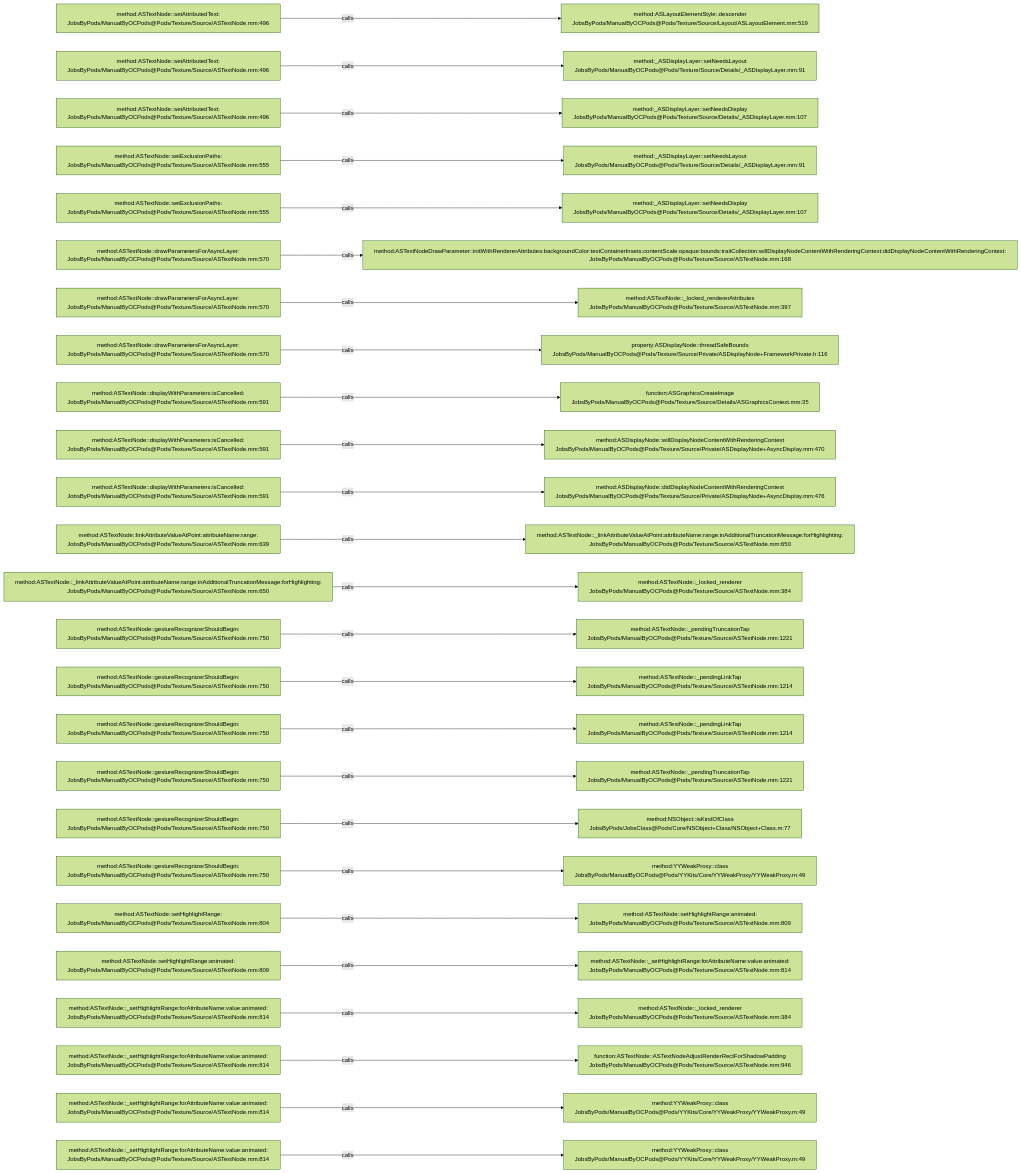
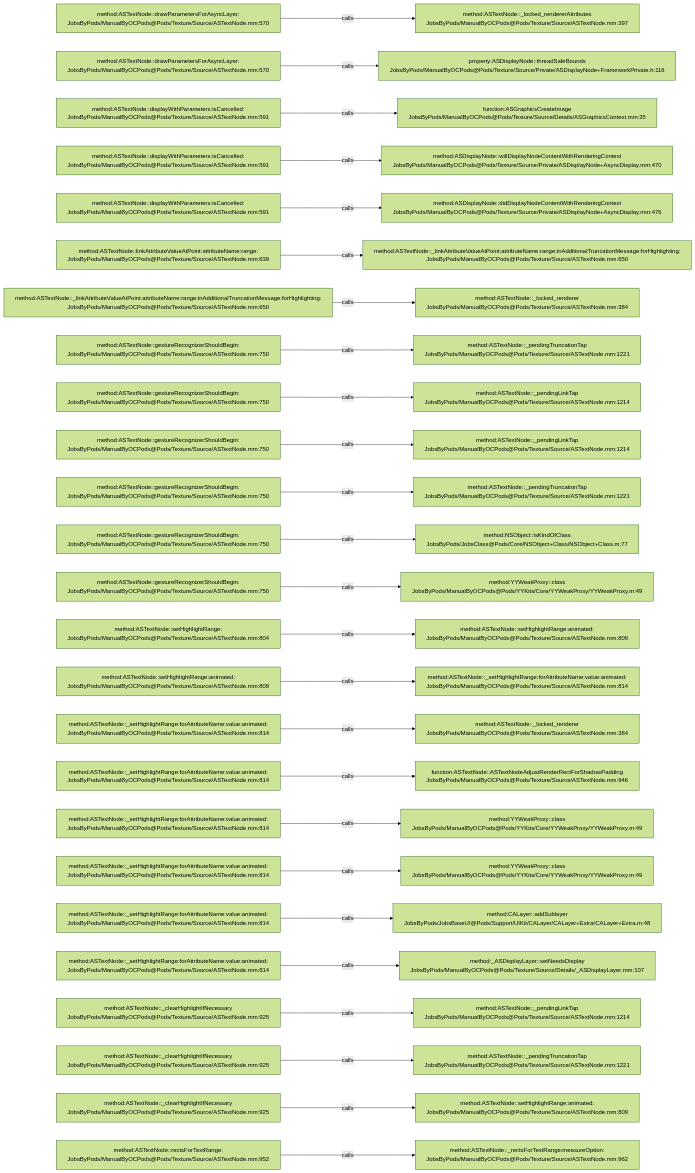
One commit to JobsKits/JobsOCBaseConfigDemo changed the diagram in .codegraph/codegraph.md/graphs/calls-127.md. Above: the diagram before and after it, drawn with Mermaid (forest theme). The commit also changed 666 other files, not shown here.

````diff
--- a/.codegraph/codegraph.md/graphs/calls-127.md
+++ b/.codegraph/codegraph.md/graphs/calls-127.md
@@ -13,78 +13,78 @@
 ```mermaid
 flowchart LR
-  S1["method:ASTextNode::setAttributedText:<br/>JobsByPods/ManualByOCPods@Pods/Texture/Source/ASTextNode.mm:496"]
-  T1["method:ASLayoutElementStyle::descender<br/>JobsByPods/ManualByOCPods@Pods/Texture/Source/Layout/ASLayoutElement.mm:519"]
+  S1["method:ASTextNode::drawParametersForAsyncLayer:<br/>JobsByPods/ManualByOCPods@Pods/Texture/Source/ASTextNode.mm:570"]
+  T1["method:ASTextNode::_locked_rendererAttributes<br/>JobsByPods/ManualByOCPods@Pods/Texture/Source/ASTextNode.mm:397"]
   S1 -->|calls| T1
-  S2["method:ASTextNode::setAttributedText:<br/>JobsByPods/ManualByOCPods@Pods/Texture/Source/ASTextNode.mm:496"]
-  T2["method:_ASDisplayLayer::setNeedsLayout<br/>JobsByPods/ManualByOCPods@Pods/Texture/Source/Details/_ASDisplayLayer.mm:91"]
+  S2["method:ASTextNode::drawParametersForAsyncLayer:<br/>JobsByPods/ManualByOCPods@Pods/Texture/Source/ASTextNode.mm:570"]
+  T2["property:ASDisplayNode::threadSafeBounds<br/>JobsByPods/ManualByOCPods@Pods/Texture/Source/Private/ASDisplayNode+FrameworkPrivate.h:116"]
   S2 -->|calls| T2
-  S3["method:ASTextNode::setAttributedText:<br/>JobsByPods/ManualByOCPods@Pods/Texture/Source/ASTextNode.mm:496"]
-  T3["method:_ASDisplayLayer::setNeedsDisplay<br/>JobsByPods/ManualByOCPods@Pods/Texture/Source/Details/_ASDisplayLayer.mm:107"]
+  S3["method:ASTextNode::displayWithParameters:isCancelled:<br/>JobsByPods/ManualByOCPods@Pods/Texture/Source/ASTextNode.mm:591"]
+  T3["function:ASGraphicsCreateImage<br/>JobsByPods/ManualByOCPods@Pods/Texture/Source/Details/ASGraphicsContext.mm:35"]
   S3 -->|calls| T3
-  S4["method:ASTextNode::setExclusionPaths:<br/>JobsByPods/ManualByOCPods@Pods/Texture/Source/ASTextNode.mm:555"]
-  T4["method:_ASDisplayLayer::setNeedsLayout<br/>JobsByPods/ManualByOCPods@Pods/Texture/Source/Details/_ASDisplayLayer.mm:91"]
+  S4["method:ASTextNode::displayWithParameters:isCancelled:<br/>JobsByPods/ManualByOCPods@Pods/Texture/Source/ASTextNode.mm:591"]
+  T4["method:ASDisplayNode::willDisplayNodeContentWithRenderingContext<br/>JobsByPods/ManualByOCPods@Pods/Texture/Source/Private/ASDisplayNode+AsyncDisplay.mm:470"]
   S4 -->|calls| T4
-  S5["method:ASTextNode::setExclusionPaths:<br/>JobsByPods/ManualByOCPods@Pods/Texture/Source/ASTextNode.mm:555"]
-  T5["method:_ASDisplayLayer::setNeedsDisplay<br/>JobsByPods/ManualByOCPods@Pods/Texture/Source/Details/_ASDisplayLayer.mm:107"]
+  S5["method:ASTextNode::displayWithParameters:isCancelled:<br/>JobsByPods/ManualByOCPods@Pods/Texture/Source/ASTextNode.mm:591"]
+  T5["method:ASDisplayNode::didDisplayNodeContentWithRenderingContext<br/>JobsByPods/ManualByOCPods@Pods/Texture/Source/Private/ASDisplayNode+AsyncDisplay.mm:476"]
   S5 -->|calls| T5
-  S6["method:ASTextNode::drawParametersForAsyncLayer:<br/>JobsByPods/ManualByOCPods@Pods/Texture/Source/ASTextNode.mm:570"]
-  T6["method:ASTextNodeDrawParameter::initWithRendererAttributes:backgroundColor:textContainerInsets:contentScale:opaque:bounds:traitCollection:willDisplayNodeContentWithRenderingContext:didDisplayNodeContentWithRenderingContext:<br/>JobsByPods/ManualByOCPods@Pods/Texture/Source/ASTextNode.mm:168"]
+  S6["method:ASTextNode::linkAttributeValueAtPoint:attributeName:range:<br/>JobsByPods/ManualByOCPods@Pods/Texture/Source/ASTextNode.mm:639"]
+  T6["method:ASTextNode::_linkAttributeValueAtPoint:attributeName:range:inAdditionalTruncationMessage:forHighlighting:<br/>JobsByPods/ManualByOCPods@Pods/Texture/Source/ASTextNode.mm:650"]
   S6 -->|calls| T6
-  S7["method:ASTextNode::drawParametersForAsyncLayer:<br/>JobsByPods/ManualByOCPods@Pods/Texture/Source/ASTextNode.mm:570"]
-  T7["method:ASTextNode::_locked_rendererAttributes<br/>JobsByPods/ManualByOCPods@Pods/Texture/Source/ASTextNode.mm:397"]
+  S7["method:ASTextNode::_linkAttributeValueAtPoint:attributeName:range:inAdditionalTruncationMessage:forHighlighting:<br/>JobsByPods/ManualByOCPods@Pods/Texture/Source/ASTextNode.mm:650"]
+  T7["method:ASTextNode::_locked_renderer<br/>JobsByPods/ManualByOCPods@Pods/Texture/Source/ASTextNode.mm:384"]
   S7 -->|calls| T7
-  S8["method:ASTextNode::drawParametersForAsyncLayer:<br/>JobsByPods/ManualByOCPods@Pods/Texture/Source/ASTextNode.mm:570"]
-  T8["property:ASDisplayNode::threadSafeBounds<br/>JobsByPods/ManualByOCPods@Pods/Texture/Source/Private/ASDisplayNode+FrameworkPrivate.h:116"]
+  S8["method:ASTextNode::gestureRecognizerShouldBegin:<br/>JobsByPods/ManualByOCPods@Pods/Texture/Source/ASTextNode.mm:750"]
+  T8["method:ASTextNode::_pendingTruncationTap<br/>JobsByPods/ManualByOCPods@Pods/Texture/Source/ASTextNode.mm:1221"]
   S8 -->|calls| T8
-  S9["method:ASTextNode::displayWithParameters:isCancelled:<br/>JobsByPods/ManualByOCPods@Pods/Texture/Source/ASTextNode.mm:591"]
-  T9["function:ASGraphicsCreateImage<br/>JobsByPods/ManualByOCPods@Pods/Texture/Source/Details/ASGraphicsContext.mm:35"]
+  S9["method:ASTextNode::gestureRecognizerShouldBegin:<br/>JobsByPods/ManualByOCPods@Pods/Texture/Source/ASTextNode.mm:750"]
+  T9["method:ASTextNode::_pendingLinkTap<br/>JobsByPods/ManualByOCPods@Pods/Texture/Source/ASTextNode.mm:1214"]
   S9 -->|calls| T9
-  S10["method:ASTextNode::displayWithParameters:isCancelled:<br/>JobsByPods/ManualByOCPods@Pods/Texture/Source/ASTextNode.mm:591"]
-  T10["method:ASDisplayNode::willDisplayNodeContentWithRenderingContext<br/>JobsByPods/ManualByOCPods@Pods/Texture/Source/Private/ASDisplayNode+AsyncDisplay.mm:470"]
+  S10["method:ASTextNode::gestureRecognizerShouldBegin:<br/>JobsByPods/ManualByOCPods@Pods/Texture/Source/ASTextNode.mm:750"]
+  T10["method:ASTextNode::_pendingLinkTap<br/>JobsByPods/ManualByOCPods@Pods/Texture/Source/ASTextNode.mm:1214"]
   S10 -->|calls| T10
-  S11["method:ASTextNode::displayWithParameters:isCancelled:<br/>JobsByPods/ManualByOCPods@Pods/Texture/Source/ASTextNode.mm:591"]
-  T11["method:ASDisplayNode::didDisplayNodeContentWithRenderingContext<br/>JobsByPods/ManualByOCPods@Pods/Texture/Source/Private/ASDisplayNode+AsyncDisplay.mm:476"]
+  S11["method:ASTextNode::gestureRecognizerShouldBegin:<br/>JobsByPods/ManualByOCPods@Pods/Texture/Source/ASTextNode.mm:750"]
+  T11["method:ASTextNode::_pendingTruncationTap<br/>JobsByPods/ManualByOCPods@Pods/Texture/Source/ASTextNode.mm:1221"]
   S11 -->|calls| T11
-  S12["method:ASTextNode::linkAttributeValueAtPoint:attributeName:range:<br/>JobsByPods/ManualByOCPods@Pods/Texture/Source/ASTextNode.mm:639"]
-  T12["method:ASTextNode::_linkAttributeValueAtPoint:attributeName:range:inAdditionalTruncationMessage:forHighlighting:<br/>JobsByPods/ManualByOCPods@Pods/Texture/Source/ASTextNode.mm:650"]
+  S12["method:ASTextNode::gestureRecognizerShouldBegin:<br/>JobsByPods/ManualByOCPods@Pods/Texture/Source/ASTextNode.mm:750"]
+  T12["method:NSObject::isKindOfClass<br/>JobsByPods/JobsClass@Pods/Core/NSObject+Class/NSObject+Class.m:77"]
   S12 -->|calls| T12
-  S13["method:ASTextNode::_linkAttributeValueAtPoint:attributeName:range:inAdditionalTruncationMessage:forHighlighting:<br/>JobsByPods/ManualByOCPods@Pods/Texture/Source/ASTextNode.mm:650"]
-  T13["method:ASTextNode::_locked_renderer<br/>JobsByPods/ManualByOCPods@Pods/Texture/Source/ASTextNode.mm:384"]
+  S13["method:ASTextNode::gestureRecognizerShouldBegin:<br/>JobsByPods/ManualByOCPods@Pods/Texture/Source/ASTextNode.mm:750"]
+  T13["method:YYWeakProxy::class<br/>JobsByPods/ManualByOCPods@Pods/YYKits/Core/YYWeakProxy/YYWeakProxy.m:49"]
   S13 -->|calls| T13
-  S14["method:ASTextNode::gestureRecognizerShouldBegin:<br/>JobsByPods/ManualByOCPods@Pods/Texture/Source/ASTextNode.mm:750"]
-  T14["method:ASTextNode::_pendingTruncationTap<br/>JobsByPods/ManualByOCPods@Pods/Texture/Source/ASTextNode.mm:1221"]
+  S14["method:ASTextNode::setHighlightRange:<br/>JobsByPods/ManualByOCPods@Pods/Texture/Source/ASTextNode.mm:804"]
+  T14["method:ASTextNode::setHighlightRange:animated:<br/>JobsByPods/ManualByOCPods@Pods/Texture/Source/ASTextNode.mm:809"]
   S14 -->|calls| T14
-  S15["method:ASTextNode::gestureRecognizerShouldBegin:<br/>JobsByPods/ManualByOCPods@Pods/Texture/Source/ASTextNode.mm:750"]
-  T15["method:ASTextNode::_pendingLinkTap<br/>JobsByPods/ManualByOCPods@Pods/Texture/Source/ASTextNode.mm:1214"]
+  S15["method:ASTextNode::setHighlightRange:animated:<br/>JobsByPods/ManualByOCPods@Pods/Texture/Source/ASTextNode.mm:809"]
+  T15["method:ASTextNode::_setHighlightRange:forAttributeName:value:animated:<br/>JobsByPods/ManualByOCPods@Pods/Texture/Source/ASTextNode.mm:814"]
   S15 -->|calls| T15
-  S16["method:ASTextNode::gestureRecognizerShouldBegin:<br/>JobsByPods/ManualByOCPods@Pods/Texture/Source/ASTextNode.mm:750"]
-  T16["method:ASTextNode::_pendingLinkTap<br/>JobsByPods/ManualByOCPods@Pods/Texture/Source/ASTextNode.mm:1214"]
+  S16["method:ASTextNode::_setHighlightRange:forAttributeName:value:animated:<br/>JobsByPods/ManualByOCPods@Pods/Texture/Source/ASTextNode.mm:814"]
+  T16["method:ASTextNode::_locked_renderer<br/>JobsByPods/ManualByOCPods@Pods/Texture/Source/ASTextNode.mm:384"]
   S16 -->|calls| T16
-  S17["method:ASTextNode::gestureRecognizerShouldBegin:<br/>JobsByPods/ManualByOCPods@Pods/Texture/Source/ASTextNode.mm:750"]
-  T17["method:ASTextNode::_pendingTruncationTap<br/>JobsByPods/ManualByOCPods@Pods/Texture/Source/ASTextNode.mm:1221"]
+  S17["method:ASTextNode::_setHighlightRange:forAttributeName:value:animated:<br/>JobsByPods/ManualByOCPods@Pods/Texture/Source/ASTextNode.mm:814"]
+  T17["function:ASTextNode::ASTextNodeAdjustRenderRectForShadowPadding<br/>JobsByPods/ManualByOCPods@Pods/Texture/Source/ASTextNode.mm:946"]
   S17 -->|calls| T17
-  S18["method:ASTextNode::gestureRecognizerShouldBegin:<br/>JobsByPods/ManualByOCPods@Pods/Texture/Source/ASTextNode.mm:750"]
-  T18["method:NSObject::isKindOfClass<br/>JobsByPods/JobsClass@Pods/Core/NSObject+Class/NSObject+Class.m:77"]
+  S18["method:ASTextNode::_setHighlightRange:forAttributeName:value:animated:<br/>JobsByPods/ManualByOCPods@Pods/Texture/Source/ASTextNode.mm:814"]
+  T18["method:YYWeakProxy::class<br/>JobsByPods/ManualByOCPods@Pods/YYKits/Core/YYWeakProxy/YYWeakProxy.m:49"]
   S18 -->|calls| T18
-  S19["method:ASTextNode::gestureRecognizerShouldBegin:<br/>JobsByPods/ManualByOCPods@Pods/Texture/Source/ASTextNode.mm:750"]
+  S19["method:ASTextNode::_setHighlightRange:forAttributeName:value:animated:<br/>JobsByPods/ManualByOCPods@Pods/Texture/Source/ASTextNode.mm:814"]
   T19["method:YYWeakProxy::class<br/>JobsByPods/ManualByOCPods@Pods/YYKits/Core/YYWeakProxy/YYWeakProxy.m:49"]
   S19 -->|calls| T19
-  S20["method:ASTextNode::setHighlightRange:<br/>JobsByPods/ManualByOCPods@Pods/Texture/Source/ASTextNode.mm:804"]
-  T20["method:ASTextNode::setHighlightRange:animated:<br/>JobsByPods/ManualByOCPods@Pods/Texture/Source/ASTextNode.mm:809"]
+  S20["method:ASTextNode::_setHighlightRange:forAttributeName:value:animated:<br/>JobsByPods/ManualByOCPods@Pods/Texture/Source/ASTextNode.mm:814"]
+  T20["method:CALayer::addSublayer<br/>JobsByPods/JobsBaseUI@Pods/Support/UIKit/CALayer/CALayer+Extra/CALayer+Extra.m:48"]
   S20 -->|calls| T20
-  S21["method:ASTextNode::setHighlightRange:animated:<br/>JobsByPods/ManualByOCPods@Pods/Texture/Source/ASTextNode.mm:809"]
-  T21["method:ASTextNode::_setHighlightRange:forAttributeName:value:animated:<br/>JobsByPods/ManualByOCPods@Pods/Texture/Source/ASTextNode.mm:814"]
+  S21["method:ASTextNode::_setHighlightRange:forAttributeName:value:animated:<br/>JobsByPods/ManualByOCPods@Pods/Texture/Source/ASTextNode.mm:814"]
+  T21["method:_ASDisplayLayer::setNeedsDisplay<br/>JobsByPods/ManualByOCPods@Pods/Texture/Source/Details/_ASDisplayLayer.mm:107"]
   S21 -->|calls| T21
-  S22["method:ASTextNode::_setHighlightRange:forAttributeName:value:animated:<br/>JobsByPods/ManualByOCPods@Pods/Texture/Source/ASTextNode.mm:814"]
-  T22["method:ASTextNode::_locked_renderer<br/>JobsByPods/ManualByOCPods@Pods/Texture/Source/ASTextNode.mm:384"]
+  S22["method:ASTextNode::_clearHighlightIfNecessary<br/>JobsByPods/ManualByOCPods@Pods/Texture/Source/ASTextNode.mm:925"]
+  T22["method:ASTextNode::_pendingLinkTap<br/>JobsByPods/ManualByOCPods@Pods/Texture/Source/ASTextNode.mm:1214"]
   S22 -->|calls| T22
-  S23["method:ASTextNode::_setHighlightRange:forAttributeName:value:animated:<br/>JobsByPods/ManualByOCPods@Pods/Texture/Source/ASTextNode.mm:814"]
-  T23["function:ASTextNode::ASTextNodeAdjustRenderRectForShadowPadding<br/>JobsByPods/ManualByOCPods@Pods/Texture/Source/ASTextNode.mm:946"]
+  S23["method:ASTextNode::_clearHighlightIfNecessary<br/>JobsByPods/ManualByOCPods@Pods/Texture/Source/ASTextNode.mm:925"]
+  T23["method:ASTextNode::_pendingTruncationTap<br/>JobsByPods/ManualByOCPods@Pods/Texture/Source/ASTextNode.mm:1221"]
   S23 -->|calls| T23
-  S24["method:ASTextNode::_setHighlightRange:forAttributeName:value:animated:<br/>JobsByPods/ManualByOCPods@Pods/Texture/Source/ASTextNode.mm:814"]
-  T24["method:YYWeakProxy::class<br/>JobsByPods/ManualByOCPods@Pods/YYKits/Core/YYWeakProxy/YYWeakProxy.m:49"]
+  S24["method:ASTextNode::_clearHighlightIfNecessary<br/>JobsByPods/ManualByOCPods@Pods/Texture/Source/ASTextNode.mm:925"]
+  T24["method:ASTextNode::setHighlightRange:animated:<br/>JobsByPods/ManualByOCPods@Pods/Texture/Source/ASTextNode.mm:809"]
   S24 -->|calls| T24
-  S25["method:ASTextNode::_setHighlightRange:forAttributeName:value:animated:<br/>JobsByPods/ManualByOCPods@Pods/Texture/Source/ASTextNode.mm:814"]
-  T25["method:YYWeakProxy::class<br/>JobsByPods/ManualByOCPods@Pods/YYKits/Core/YYWeakProxy/YYWeakProxy.m:49"]
+  S25["method:ASTextNode::rectsForTextRange:<br/>JobsByPods/ManualByOCPods@Pods/Texture/Source/ASTextNode.mm:952"]
+  T25["method:ASTextNode::_rectsForTextRange:measureOption:<br/>JobsByPods/ManualByOCPods@Pods/Texture/Source/ASTextNode.mm:962"]
   S25 -->|calls| T25
 ```
````
